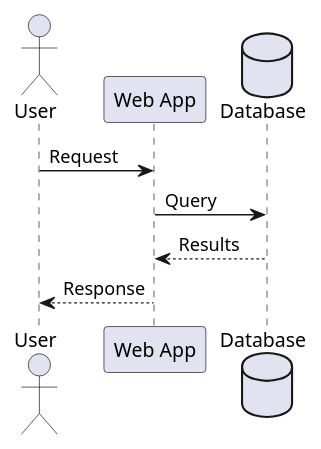
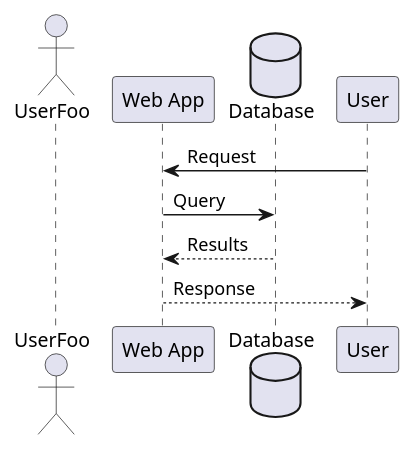
The second of 3 diagrams in test-docs/embedded-diagrams.md (karmaniverous/jeeves-server), drawn with PlantUML before and after one commit. The commit also changed 6 other files, not shown here.

Commit message:
[GH-33] feat: lazy-load embedded diagrams with IntersectionObserver and /api/diagram endpoint

````diff
--- a/test-docs/embedded-diagrams.md
+++ b/test-docs/embedded-diagrams.md
@@ -20,12 +20,12 @@
 ```plantuml
 @startuml
-actor User
+actor UserFoo
 participant "Web App" as App
 database "Database" as DB
 
 User -> App: Request
 App -> DB: Query
 DB --> App: Results
 App --> User: Response
 @enduml
 ```
````
